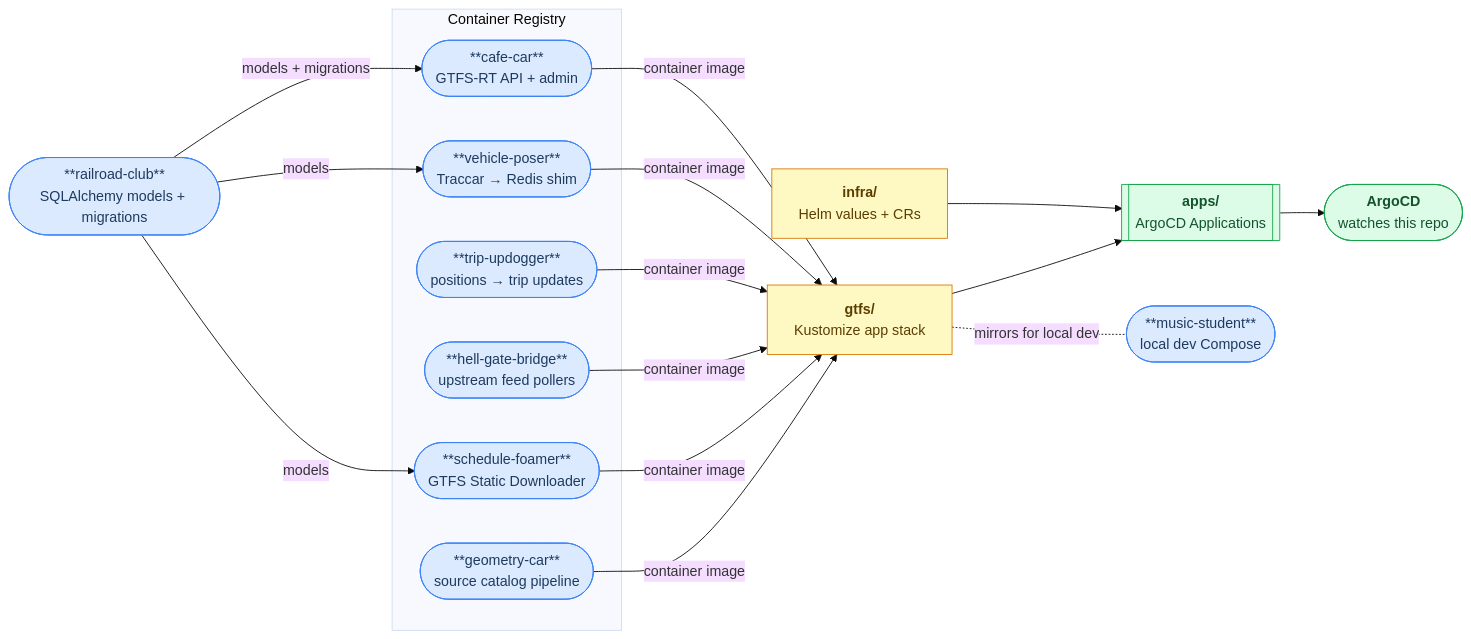
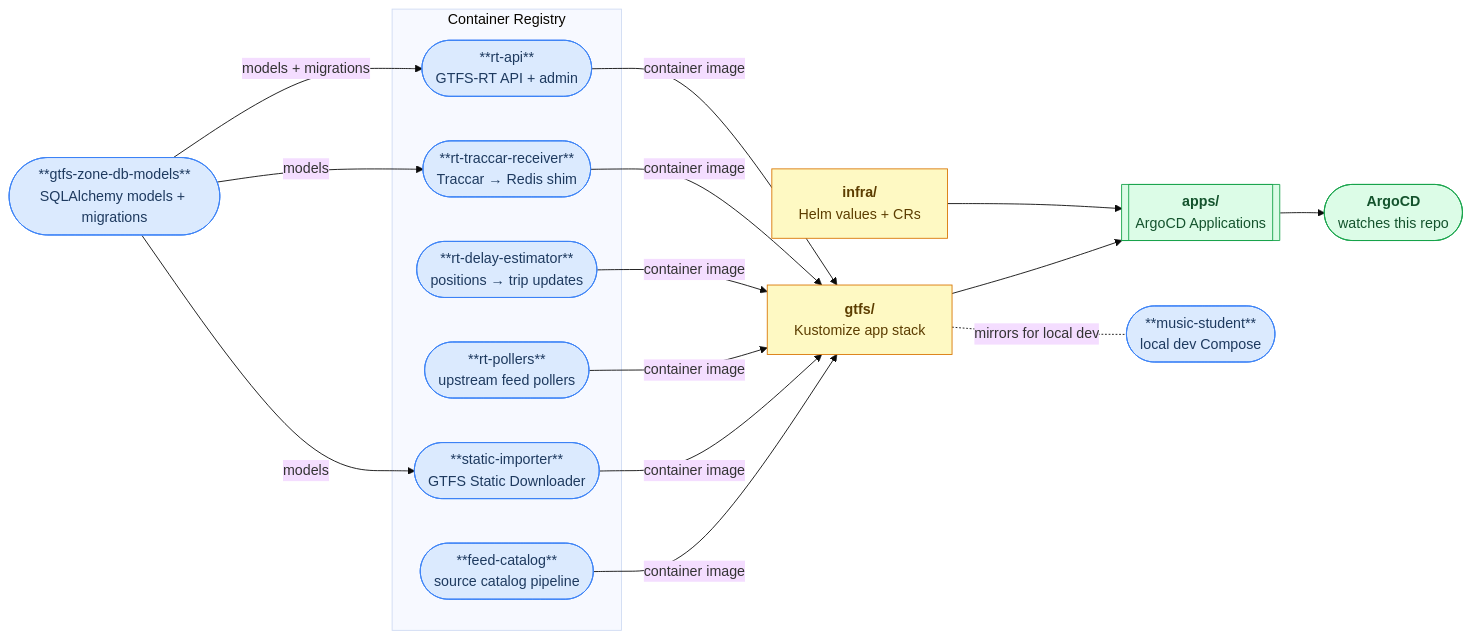
Before and after one commit to gtfs-zone/deploy-gtfs-rt: the first of 8 diagrams in README.md, drawn with Mermaid (base theme). The commit also changed other lines of this file and 3 other files, not shown here.

````diff
--- a/README.md
+++ b/README.md
@@ -36,35 +36,35 @@
 ```mermaid
 flowchart LR
     classDef repo fill:#dbeafe,stroke:#3b82f6,color:#1e3a5f
     classDef dir fill:#fef9c3,stroke:#d97706,color:#5c3d00
     classDef gitops fill:#dcfce7,stroke:#16a34a,color:#14532d
 
     apps[["`**apps/**<br>ArgoCD Applications`"]]:::gitops
     infra["`**infra/**<br>Helm values + CRs`"]:::dir
     gtfsd["`**gtfs/**<br>Kustomize app stack`"]:::dir
     argo(["`**ArgoCD**<br>watches this repo`"]):::gitops
 
     apps --> argo
     infra --> apps
     gtfsd --> apps
 
     subgraph registry["Container Registry"]
-        cc(["**cafe-car**<br>GTFS-RT API + admin"]):::repo
-        vp(["**vehicle-poser**<br>Traccar → Redis shim"]):::repo
-        tu(["**trip-updogger**<br>positions → trip updates"]):::repo
-        hgb(["**hell-gate-bridge**<br>upstream feed pollers"]):::repo
-        sf(["**schedule-foamer**<br>GTFS Static Downloader"]):::repo
-        gc(["**geometry-car**<br>source catalog pipeline"]):::repo
+        cc(["**rt-api**<br>GTFS-RT API + admin"]):::repo
+        vp(["**rt-traccar-receiver**<br>Traccar → Redis shim"]):::repo
+        tu(["**rt-delay-estimator**<br>positions → trip updates"]):::repo
+        hgb(["**rt-pollers**<br>upstream feed pollers"]):::repo
+        sf(["**static-importer**<br>GTFS Static Downloader"]):::repo
+        gc(["**feed-catalog**<br>source catalog pipeline"]):::repo
     end
 
-    rc(["**railroad-club**<br>SQLAlchemy models + migrations"]):::repo
+    rc(["**gtfs-zone-db-models**<br>SQLAlchemy models + migrations"]):::repo
     ms(["**music-student**<br>local dev Compose"]):::repo
 
     rc -->|"models + migrations"| cc
     rc -->|"models"| vp
     rc -->|"models"| sf
 
     cc & vp & tu & hgb & sf & gc -->|"container image"| gtfsd
 
     gtfsd -.-|"mirrors for local dev"| ms
 ```
````
